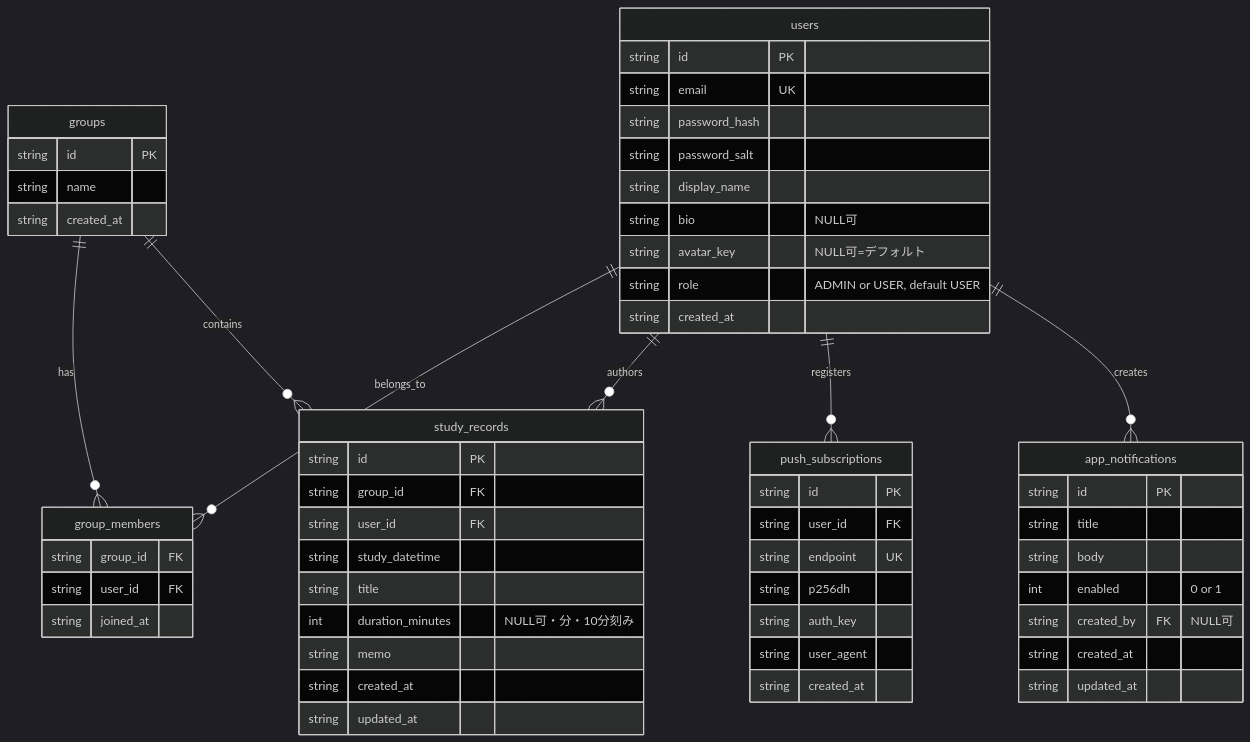
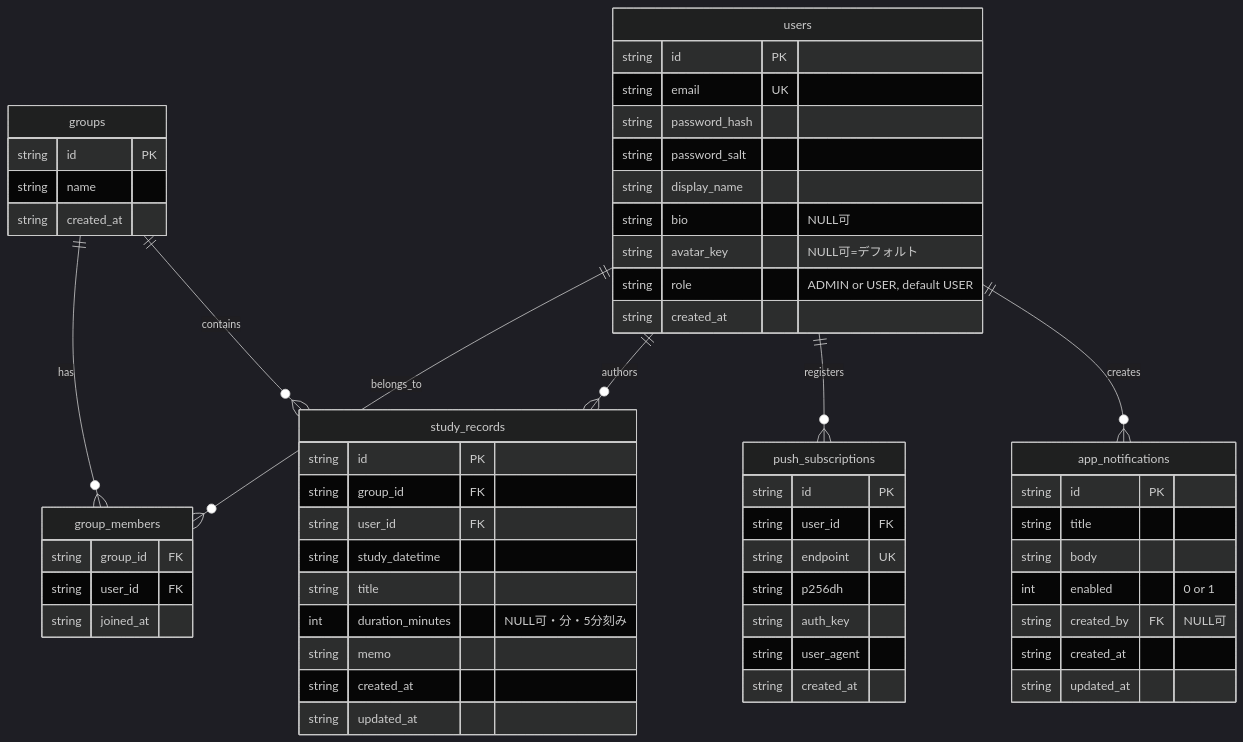
Before and after one commit to Hossori/shared-study-logger: the diagram in docs/data-model.md, drawn with Mermaid (dark theme). The commit also changed other lines of this file and 22 other files, not shown here.

````diff
--- a/docs/data-model.md
+++ b/docs/data-model.md
@@ -8,60 +8,60 @@
 ```mermaid
 erDiagram
   users ||--o{ group_members : belongs_to
   groups ||--o{ group_members : has
   groups ||--o{ study_records : contains
   users ||--o{ study_records : authors
   users ||--o{ push_subscriptions : registers
   users ||--o{ app_notifications : creates
 
   users {
     string id PK
     string email UK
     string password_hash
     string password_salt
     string display_name
     string bio "NULL可"
     string avatar_key "NULL可=デフォルト"
     string role "ADMIN or USER, default USER"
     string created_at
   }
   groups {
     string id PK
     string name
     string created_at
   }
   group_members {
     string group_id FK
     string user_id FK
     string joined_at
   }
   study_records {
     string id PK
     string group_id FK
     string user_id FK
     string study_datetime
     string title
-    int duration_minutes "NULL可・分・10分刻み"
+    int duration_minutes "NULL可・分・5分刻み"
     string memo
     string created_at
     string updated_at
   }
   push_subscriptions {
     string id PK
     string user_id FK
     string endpoint UK
     string p256dh
     string auth_key
     string user_agent
     string created_at
   }
   app_notifications {
     string id PK
     string title
     string body
     int enabled "0 or 1"
     string created_by FK "NULL可"
     string created_at
     string updated_at
   }
 ```
````
